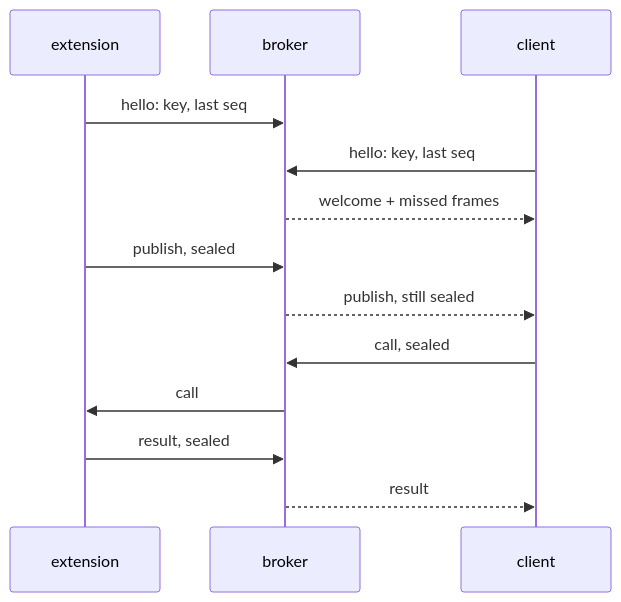
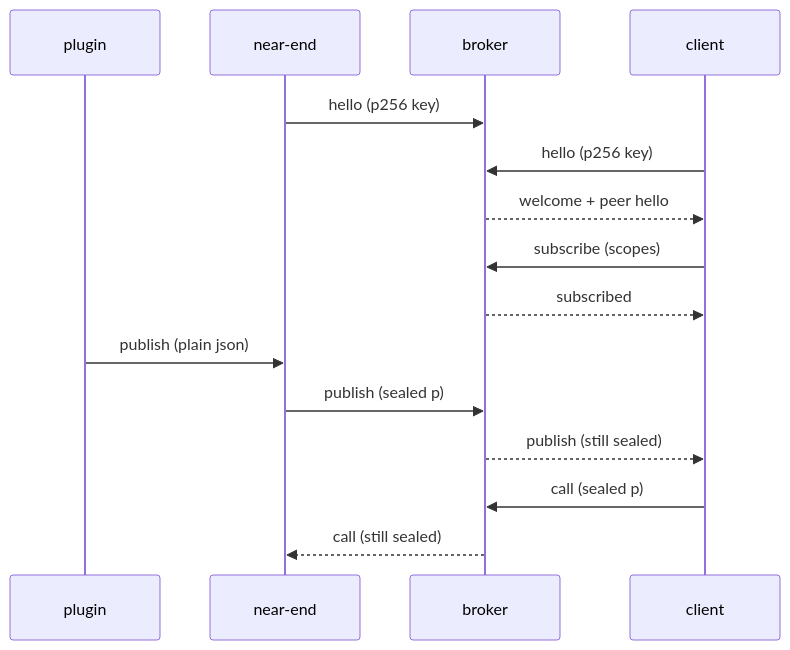
Before and after one commit to maceip/conduit: the diagram in docs/diagrams/session.mmd, drawn with Mermaid. The commit also changed 7 other files, not shown here.

Commit message:
docs: fix topology and sequence diagrams to match plugin -> near-end -> broker -> client

```diff
--- a/docs/diagrams/session.mmd
+++ b/docs/diagrams/session.mmd
@@ -1,13 +1,15 @@
 sequenceDiagram
-  participant extension
+  participant plugin
+  participant near-end
   participant broker
   participant client
-  extension->>broker: hello: key, last seq
-  client->>broker: hello: key, last seq
-  broker-->>client: welcome + missed frames
-  extension->>broker: publish, sealed
-  broker-->>client: publish, still sealed
-  client->>broker: call, sealed
-  broker->>extension: call
-  extension->>broker: result, sealed
-  broker-->>client: result
+  near-end->>broker: hello (p256 key)
+  client->>broker: hello (p256 key)
+  broker-->>client: welcome + peer hello
+  client->>broker: subscribe (scopes)
+  broker-->>client: subscribed
+  plugin->>near-end: publish (plain json)
+  near-end->>broker: publish (sealed p)
+  broker-->>client: publish (still sealed)
+  client->>broker: call (sealed p)
+  broker-->>near-end: call (still sealed)
```
